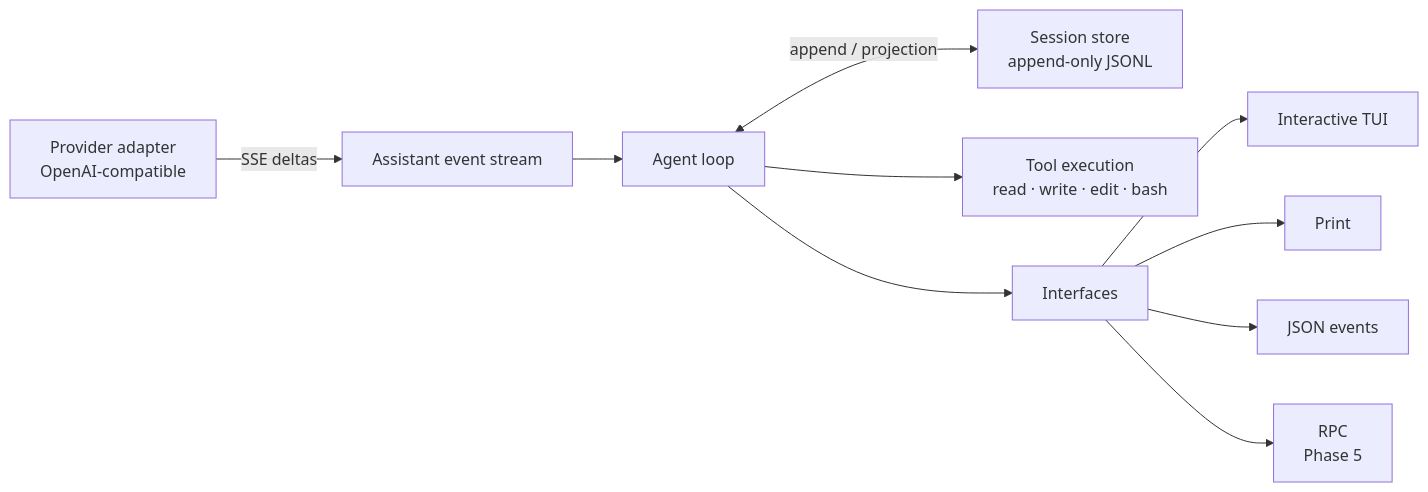
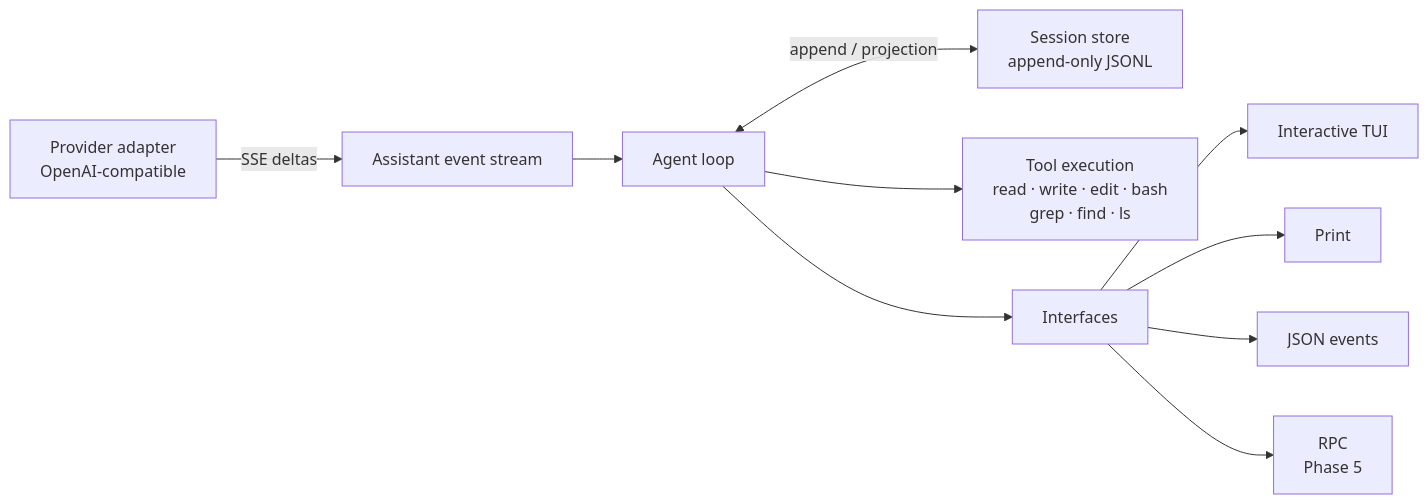
The first of 2 diagrams in README.md (amardeepio/codie), drawn with Mermaid before and after one commit. The commit also changed other lines of this file and 18 other files, not shown here.

First line of the commit message:
feat(tools): add grep, find, and ls

````diff
--- a/README.md
+++ b/README.md
@@ -50,12 +50,12 @@
 ```mermaid
 flowchart LR
     P["Provider adapter<br/>OpenAI-compatible"] -->|"SSE deltas"| S["Assistant event stream"]
     S --> L["Agent loop"]
     L <-->|"append / projection"| DB["Session store<br/>append-only JSONL"]
-    L --> T["Tool execution<br/>read · write · edit · bash"]
+    L --> T["Tool execution<br/>read · write · edit · bash<br/>grep · find · ls"]
     L --> M["Interfaces"]
     M --> I["Interactive TUI"]
     M --> P1["Print"]
     M --> J["JSON events"]
     M --> R["RPC<br/>Phase 5"]
 ```
````
